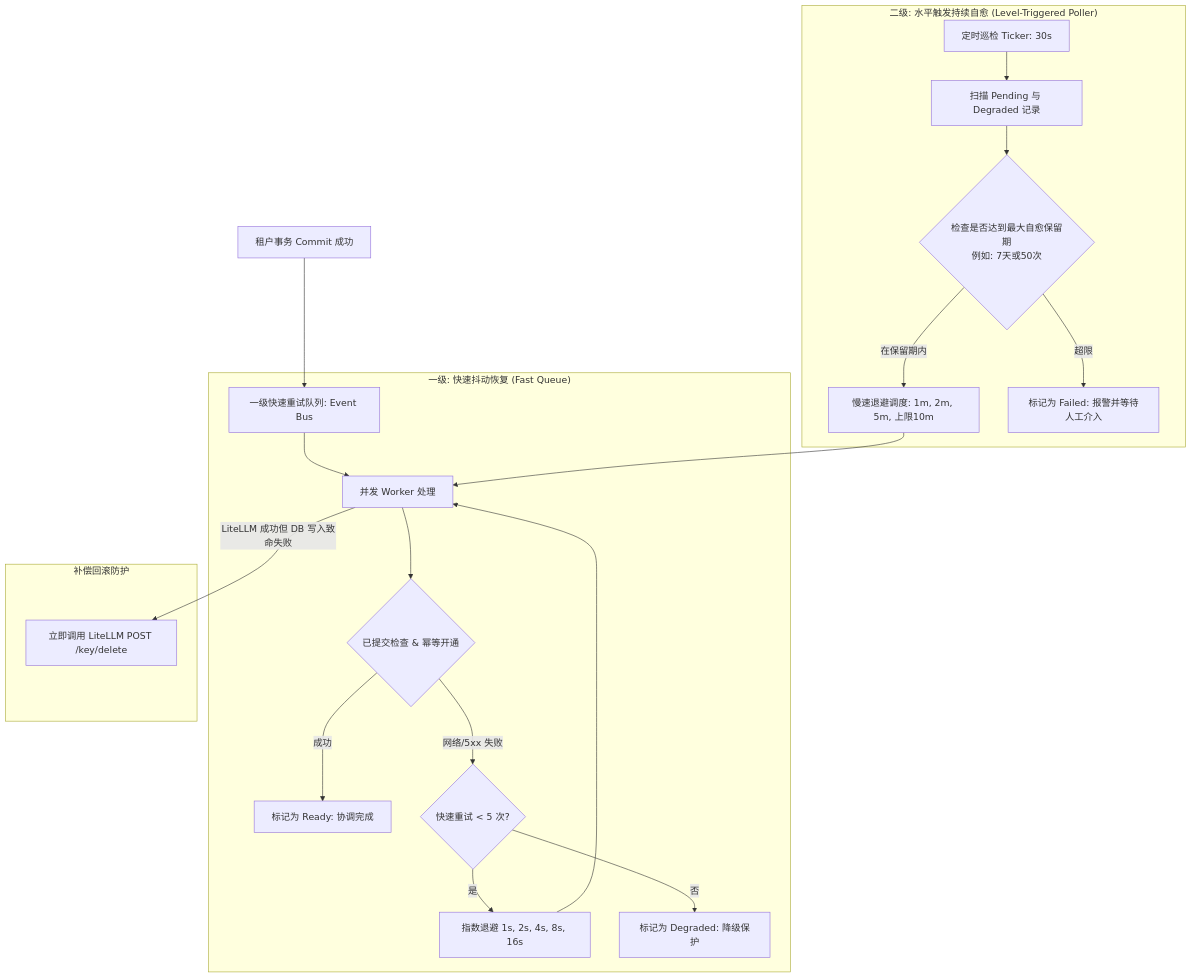
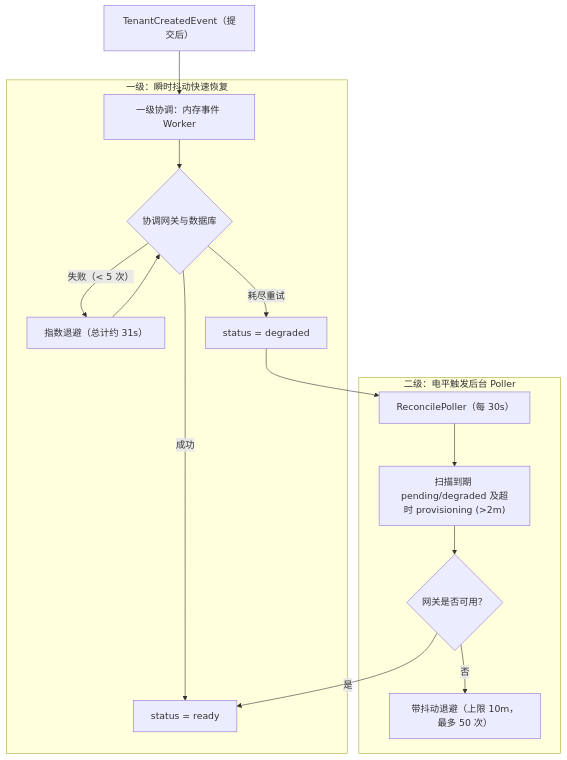
Before and after one commit to Sanderhoff-alt/oh-my-ragflow: the first of 3 diagrams in extensions/model-platform/implementation-plan.zh-CN.md, drawn with Mermaid. The commit also changed other lines of this file and 25 other files, not shown here.

````diff
--- a/extensions/model-platform/implementation-plan.zh-CN.md
+++ b/extensions/model-platform/implementation-plan.zh-CN.md
@@ -337,25 +179,17 @@
 ```mermaid
 flowchart TD
-    CommitSuccess["租户事务 Commit 成功"] --> FastQueue["一级快速重试队列: Event Bus"]
-
-    subgraph Tier1 ["一级: 快速抖动恢复 (Fast Queue)"]
-        FastQueue --> Worker["并发 Worker 处理"]
-        Worker --> CheckCommit{"已提交检查 & 幂等开通"}
-        CheckCommit -->|成功| SetReady["标记为 Ready: 协调完成"]
-        CheckCommit -->|网络/5xx 失败| FastRetryCheck{"快速重试 < 5 次?"}
-        FastRetryCheck -->|是| Backoff1["指数退避 1s, 2s, 4s, 8s, 16s"] --> Worker
-        FastRetryCheck -->|否| SetDegraded["标记为 Degraded: 降级保护"]
+    CommitEvent["TenantCreatedEvent（提交后）"] --> Tier1Queue["一级协调：内存事件 Worker"]
+    subgraph Tier1 ["一级：瞬时抖动快速恢复"]
+        Tier1Queue --> TryReconcile{"协调网关与数据库"}
+        TryReconcile -->|"成功"| SetReady["status = ready"]
+        TryReconcile -->|"失败（< 5 次）"| Backoff1["指数退避（总计约 31s）"] --> TryReconcile
+        TryReconcile -->|"耗尽重试"| SetDegraded["status = degraded"]
     end
-
-    subgraph Tier2 ["二级: 水平触发持续自愈 (Level-Triggered Poller)"]
-        Ticker["定时巡检 Ticker: 30s"] --> Poller["扫描 Pending 与 Degraded 记录"]
-        Poller --> SlowRetryCheck{"检查是否达到最大自愈保留期<br>例如: 7天或50次"}
-        SlowRetryCheck -->|在保留期内| SlowBackoff["慢速退避调度: 1m, 2m, 5m, 上限10m"]
-        SlowBackoff --> Worker
-        SlowRetryCheck -->|超限| SetDead["标记为 Failed: 报警并等待人工介入"]
+    subgraph Tier2 ["二级：电平触发后台 Poller"]
+        Poller["ReconcilePoller（每 30s）"] --> FindDue["扫描到期 pending/degraded 及超时 provisioning (>2m)"]
+        FindDue --> TryHeal{"网关是否可用？"}
+        TryHeal -->|"是"| SetReady
+        TryHeal -->|"否"| Backoff2["带抖动退避（上限 10m，最多 50 次）"]
     end
-
-    subgraph RollbackGuard ["补偿回滚防护"]
-        Worker -->|LiteLLM 成功但 DB 写入致命失败| CompDelete["立即调用 LiteLLM POST /key/delete"]
-    end
+    SetDegraded --> Poller
 ```
````
